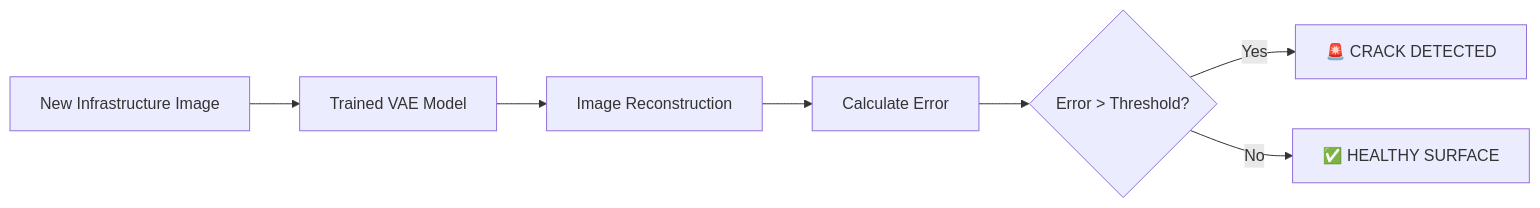
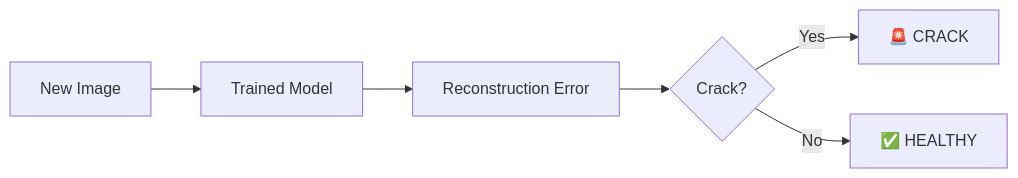
Before and after one commit to PratikNichite/Anomaly-Detection-for-Infrastructure-Monitoring: the second of 2 diagrams in readme.md, drawn with Mermaid. The commit also changed other lines of this file, not shown here.

Commit message:
finish project

````diff
--- a/readme.md
+++ b/readme.md
@@ -45,9 +40,6 @@
 ```mermaid
 graph LR
-    H[New Infrastructure Image] --> I[Trained VAE Model]
-    I --> J[Image Reconstruction]
-    J --> K[Calculate Error]
-    K --> L{Error > Threshold?}
-    L -->|Yes| M[🚨 CRACK DETECTED]
-    L -->|No| N[✅ HEALTHY SURFACE]
+    D[New Image] --> E[Trained Model] --> F[Reconstruction Error] --> G{Crack?}
+    G -->|Yes| H[🚨 CRACK]
+    G -->|No| I[✅ HEALTHY]
 ```
````
